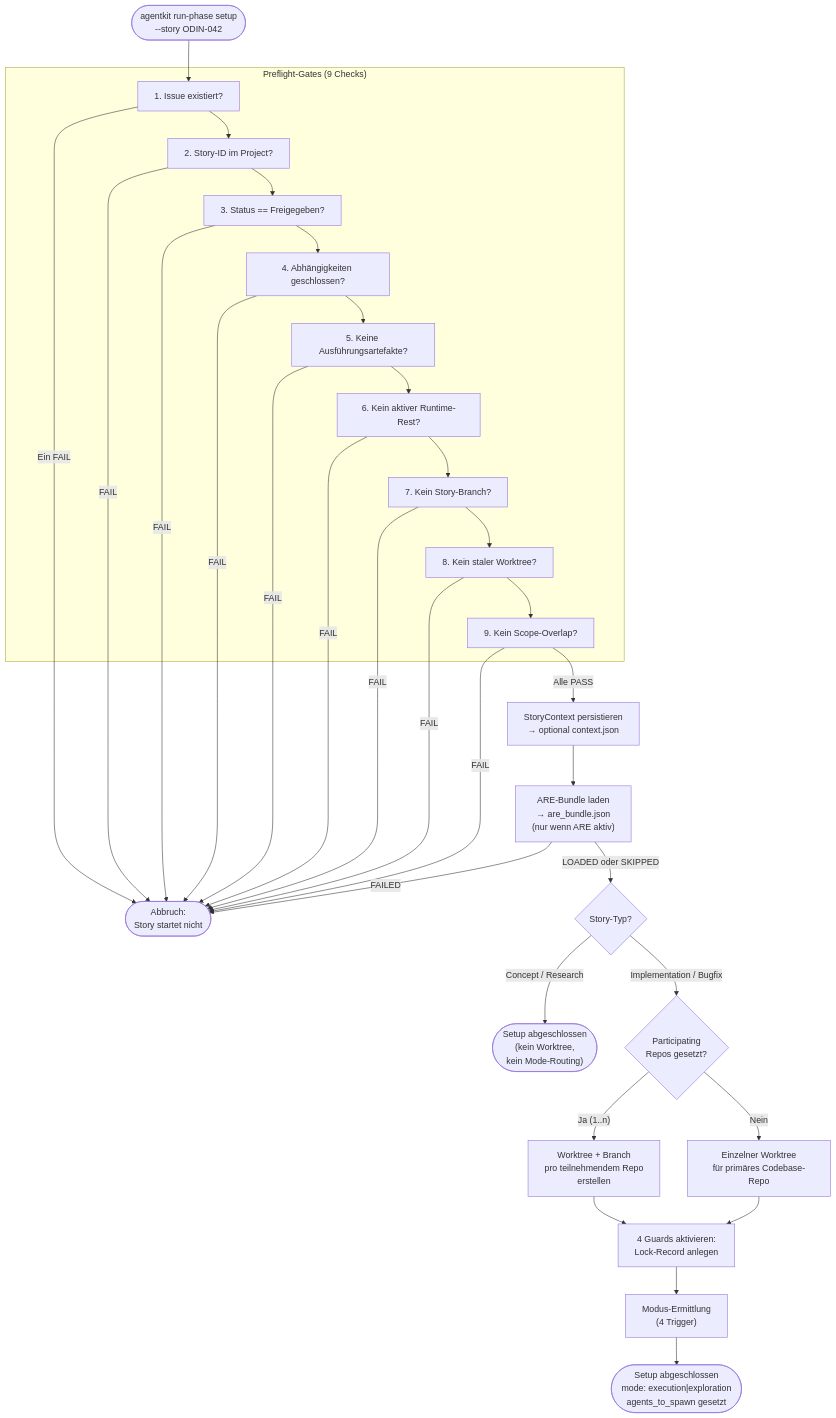
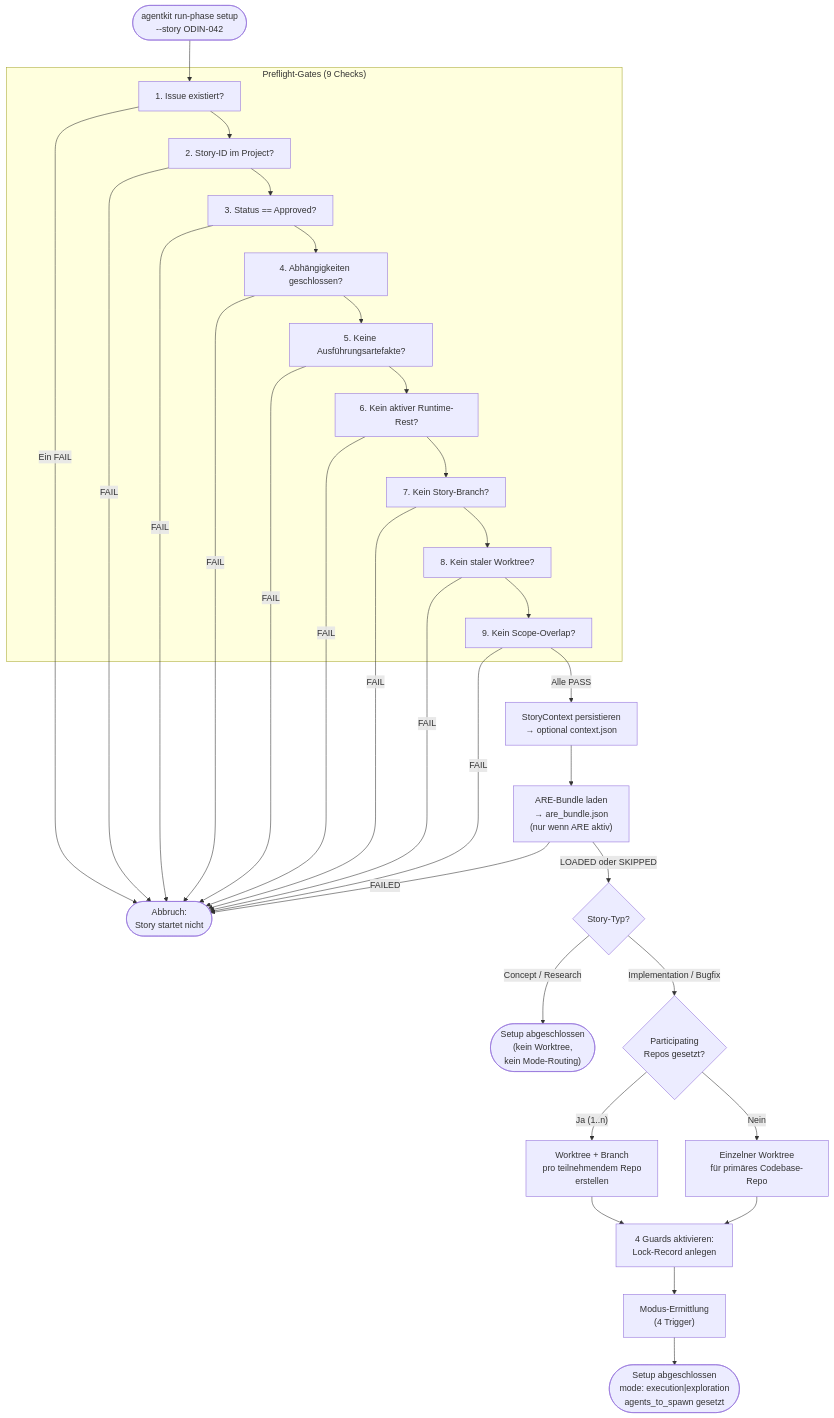
Before and after one commit to saltenhof/claude-agentkit3: the diagram in concept/technical-design/22_setup_preflight_worktree_guard_activation.md, drawn with Mermaid. The commit also changed other lines of this file and 202 other files, not shown here.

First line of the commit message:
Complete BC architecture cut + boundary_modules + Phase D/E migration

````diff
--- a/concept/technical-design/22_setup_preflight_worktree_guard_activation.md
+++ b/concept/technical-design/22_setup_preflight_worktree_guard_activation.md
@@ -54,44 +112,44 @@
 ```mermaid
 flowchart TD
     START(["agentkit run-phase setup<br/>--story ODIN-042"]) --> PREFLIGHT
 
     subgraph PREFLIGHT_PHASE ["Preflight-Gates (9 Checks)"]
         PREFLIGHT["1. Issue existiert?"]
         PREFLIGHT --> P2["2. Story-ID im Project?"]
-        P2 --> P3["3. Status == Freigegeben?"]
+        P2 --> P3["3. Status == Approved?"]
         P3 --> P4["4. Abhängigkeiten geschlossen?"]
         P4 --> P5["5. Keine Ausführungsartefakte?"]
         P5 --> P6["6. Kein aktiver Runtime-Rest?"]
         P6 --> P7["7. Kein Story-Branch?"]
         P7 --> P8["8. Kein staler Worktree?"]
         P8 --> P9["9. Kein Scope-Overlap?"]
     end
 
     P9 -->|"Alle PASS"| CONTEXT
     PREFLIGHT -->|"Ein FAIL"| ABORT(["Abbruch:<br/>Story startet nicht"])
     P2 -->|"FAIL"| ABORT
     P3 -->|"FAIL"| ABORT
     P4 -->|"FAIL"| ABORT
     P5 -->|"FAIL"| ABORT
     P6 -->|"FAIL"| ABORT
     P7 -->|"FAIL"| ABORT
     P8 -->|"FAIL"| ABORT
     P9 -->|"FAIL"| ABORT
 
     CONTEXT["StoryContext persistieren<br/>→ optional context.json"] --> ARE_BUNDLE["ARE-Bundle laden<br/>→ are_bundle.json<br/>(nur wenn ARE aktiv)"]
     ARE_BUNDLE -->|"LOADED oder SKIPPED"| TYPCHECK{"Story-Typ?"}
     ARE_BUNDLE -->|"FAILED"| ABORT
 
     TYPCHECK -->|"Concept / Research"| DONE_LIGHT(["Setup abgeschlossen<br/>(kein Worktree,<br/>kein Mode-Routing)"])
 
     TYPCHECK -->|"Implementation / Bugfix"| REPOS
 
     REPOS{"Participating<br/>Repos gesetzt?"}
     REPOS -->|"Ja (1..n)"| MULTI_WT["Worktree + Branch<br/>pro teilnehmendem Repo<br/>erstellen"]
     REPOS -->|"Nein"| SINGLE_WT["Einzelner Worktree<br/>für primäres Codebase-Repo"]
 
     MULTI_WT --> GUARDS["4 Guards aktivieren:<br/>Lock-Record anlegen"]
     SINGLE_WT --> GUARDS
     GUARDS --> MODE["Modus-Ermittlung<br/>(4 Trigger)"]
     MODE --> DONE_FULL(["Setup abgeschlossen<br/>mode: execution|exploration<br/>agents_to_spawn gesetzt"])
 ```
````
